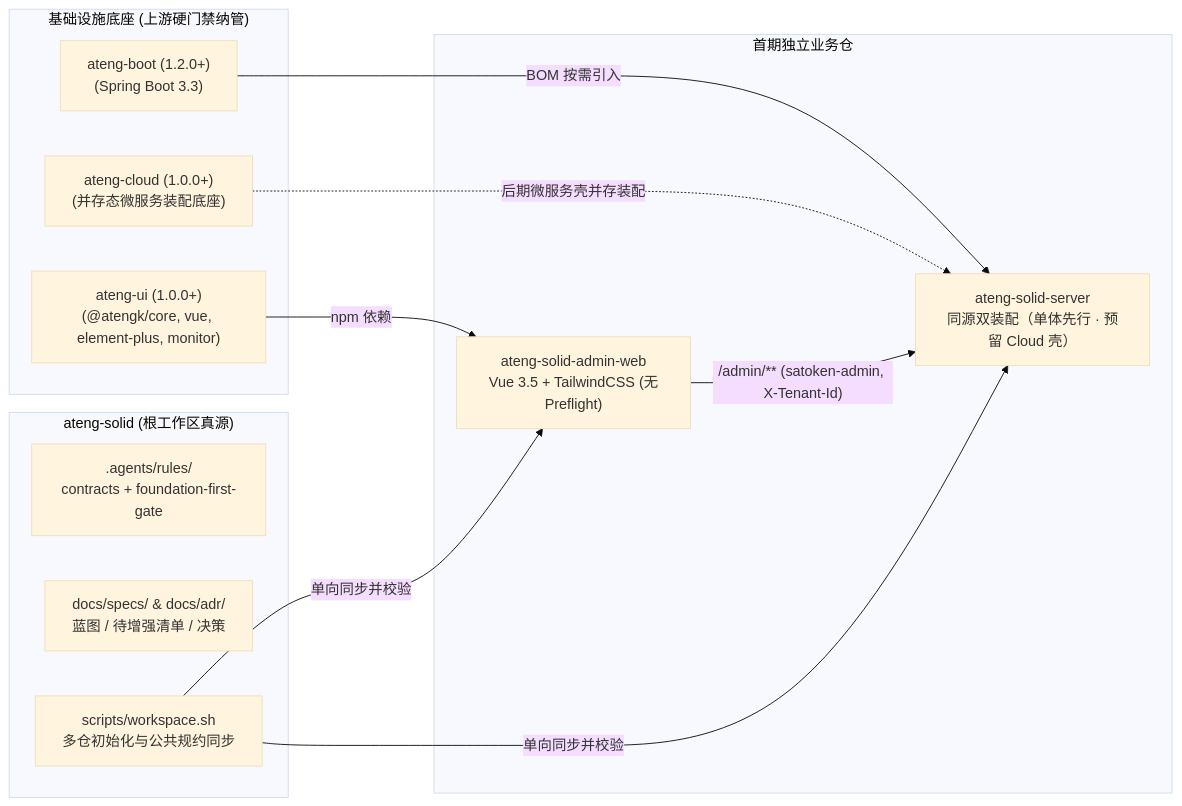
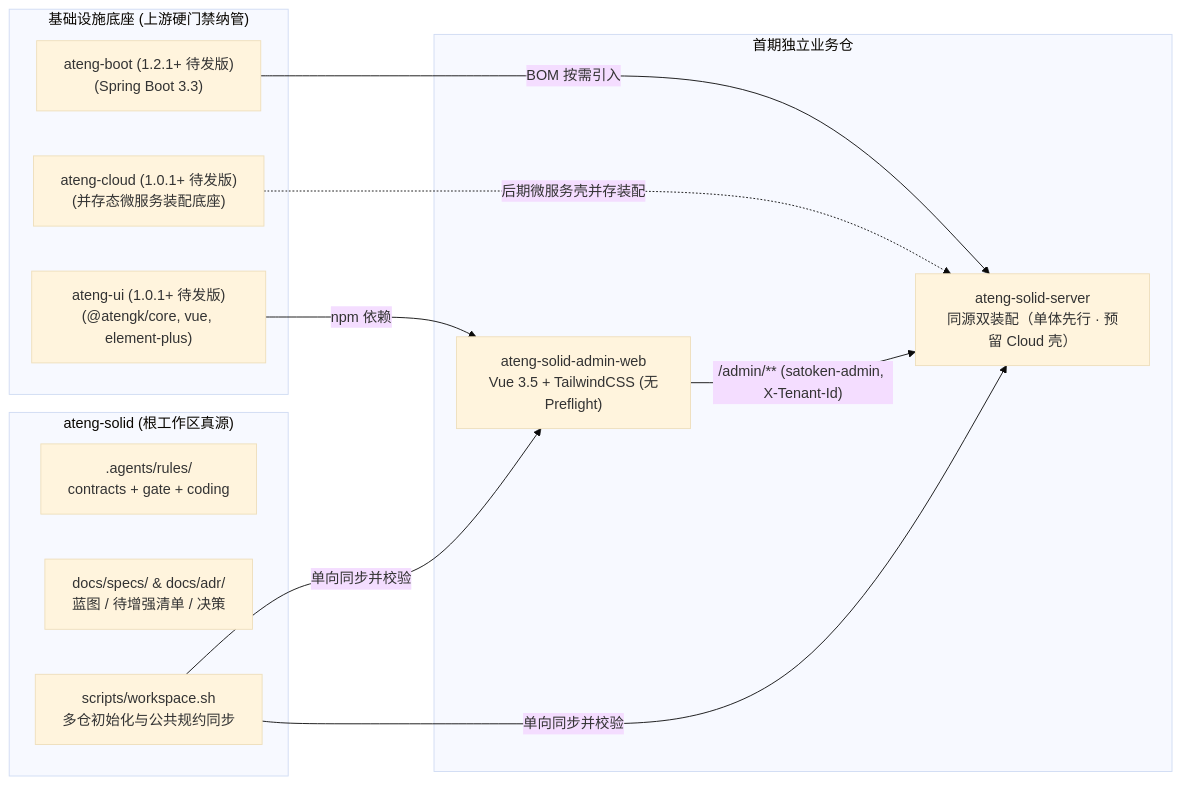
One commit to atengk/ateng-solid changed the diagram in CONTEXT-MAP.md. Above: the diagram before and after it, drawn with Mermaid (base theme). The commit also changed other lines of this file and 16 other files, not shown here.

````diff
--- a/CONTEXT-MAP.md
+++ b/CONTEXT-MAP.md
@@ -22,26 +22,26 @@
 ```mermaid
 flowchart LR
     subgraph Root["ateng-solid (根工作区真源)"]
-        CONTRACTS[".agents/rules/<br/>contracts + foundation-first-gate"]
+        CONTRACTS[".agents/rules/<br/>contracts + gate + coding"]
         SPECS["docs/specs/ & docs/adr/<br/>蓝图 / 待增强清单 / 决策"]
         SCRIPT["scripts/workspace.sh<br/>多仓初始化与公共规约同步"]
     end
 
     subgraph Foundation["基础设施底座 (上游硬门禁纳管)"]
-        BOOT["ateng-boot (1.2.0+)<br/>(Spring Boot 3.3)"]
-        CLOUD["ateng-cloud (1.0.0+)<br/>(并存态微服务装配底座)"]
-        UI["ateng-ui (1.0.0+)<br/>(@atengk/core, vue, element-plus, monitor)"]
+        BOOT["ateng-boot (1.2.1+ 待发版)<br/>(Spring Boot 3.3)"]
+        CLOUD["ateng-cloud (1.0.1+ 待发版)<br/>(并存态微服务装配底座)"]
+        UI["ateng-ui (1.0.1+ 待发版)<br/>(@atengk/core, vue, element-plus)"]
     end
 
     subgraph Repos["首期独立业务仓"]
         SERVER["ateng-solid-server<br/>同源双装配（单体先行 · 预留 Cloud 壳）"]
         ADMIN["ateng-solid-admin-web<br/>Vue 3.5 + TailwindCSS (无Preflight)"]
     end
 
     SCRIPT -->|单向同步并校验| SERVER
     SCRIPT -->|单向同步并校验| ADMIN
     BOOT -->|BOM 按需引入| SERVER
     CLOUD -.->|后期微服务壳并存装配| SERVER
     UI -->|npm 依赖| ADMIN
     ADMIN -->|"/admin/** (satoken-admin, X-Tenant-Id)"| SERVER
 ```
````
